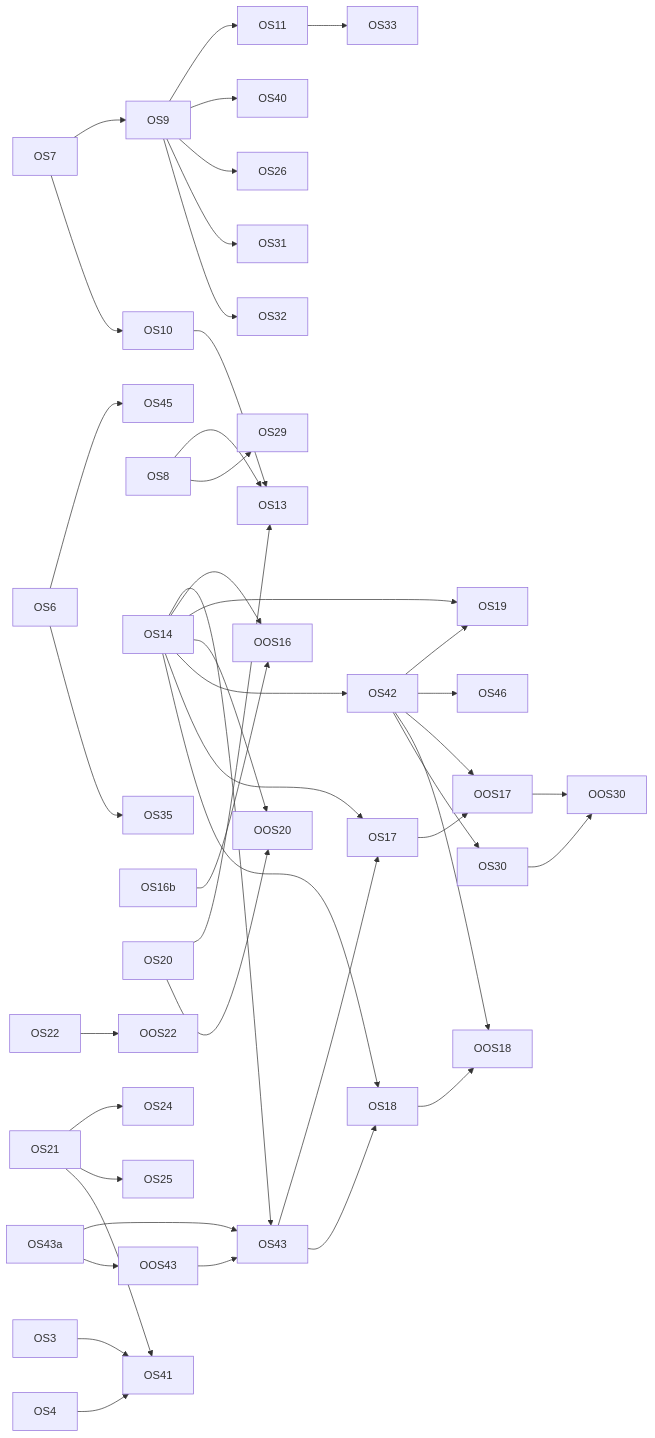
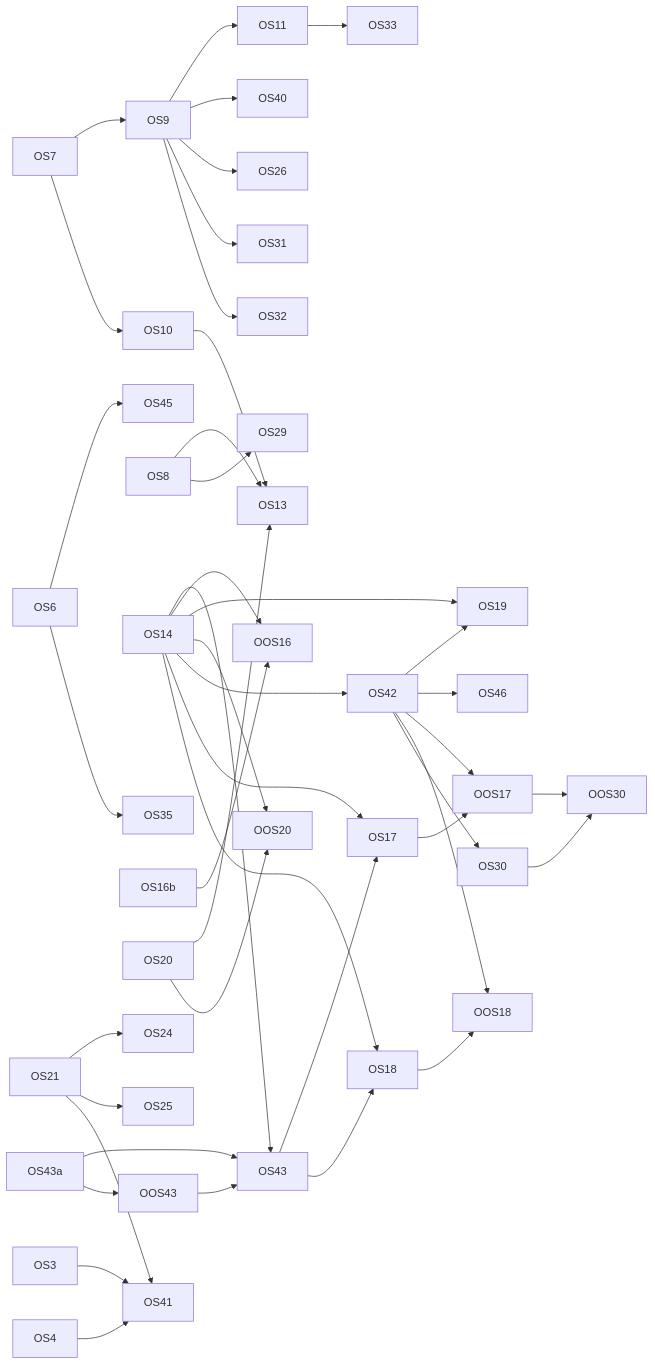
One commit to diy-accounting-uk/submit.diyaccounting.co.uk changed the diagram in PLAN_ORGANIC_SEARCH.md. Above: the diagram before and after it, drawn with Mermaid. The commit also changed other lines of this file and 1 other file, not shown here.

First line of the commit message:
Board: OS22's draft is written, so OOS22 is the operator's to send

````diff
--- a/PLAN_ORGANIC_SEARCH.md
+++ b/PLAN_ORGANIC_SEARCH.md
@@ -920,46 +919,45 @@
 ```mermaid
 flowchart LR
   OS6 --> OS45
   OS7 --> OS9
   OS7 --> OS10
   OS9 --> OS11
   OS9 --> OS40
   OS8 --> OS13
   OS14 --> OS43
   OS43a --> OS43
   OS43a --> OOS43
   OOS43 --> OS43
   OS16b --> OOS16
   OS14 --> OOS16
   OS14 --> OS19
   OS42 --> OS19
   OS10 --> OS13
   OS20 --> OS13
   OS14 --> OOS20
   OS20 --> OOS20
   OS14 --> OS42
   OS42 --> OS46
   OS14 --> OS17
   OS43 --> OS17
   OS17 --> OOS17
   OS42 --> OOS17
   OS14 --> OS18
   OS43 --> OS18
   OS18 --> OOS18
   OS42 --> OOS18
   OS21 --> OS24
   OS21 --> OS25
-  OS22 --> OOS22
   OS9 --> OS26
   OS8 --> OS29
   OS42 --> OS30
   OS30 --> OOS30
   OOS17 --> OOS30
   OS9 --> OS31
   OS9 --> OS32
   OS11 --> OS33
   OS6 --> OS35
   OS3 --> OS41
   OS4 --> OS41
   OS21 --> OS41
 ```
````
